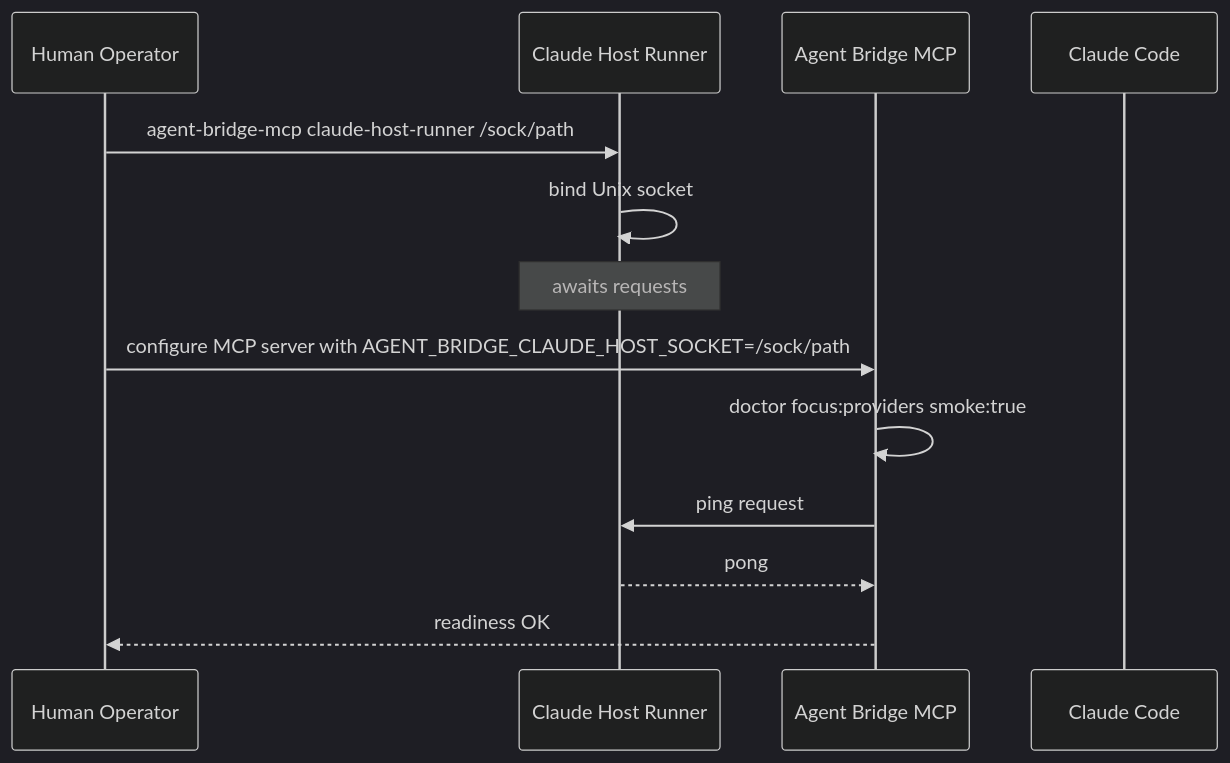
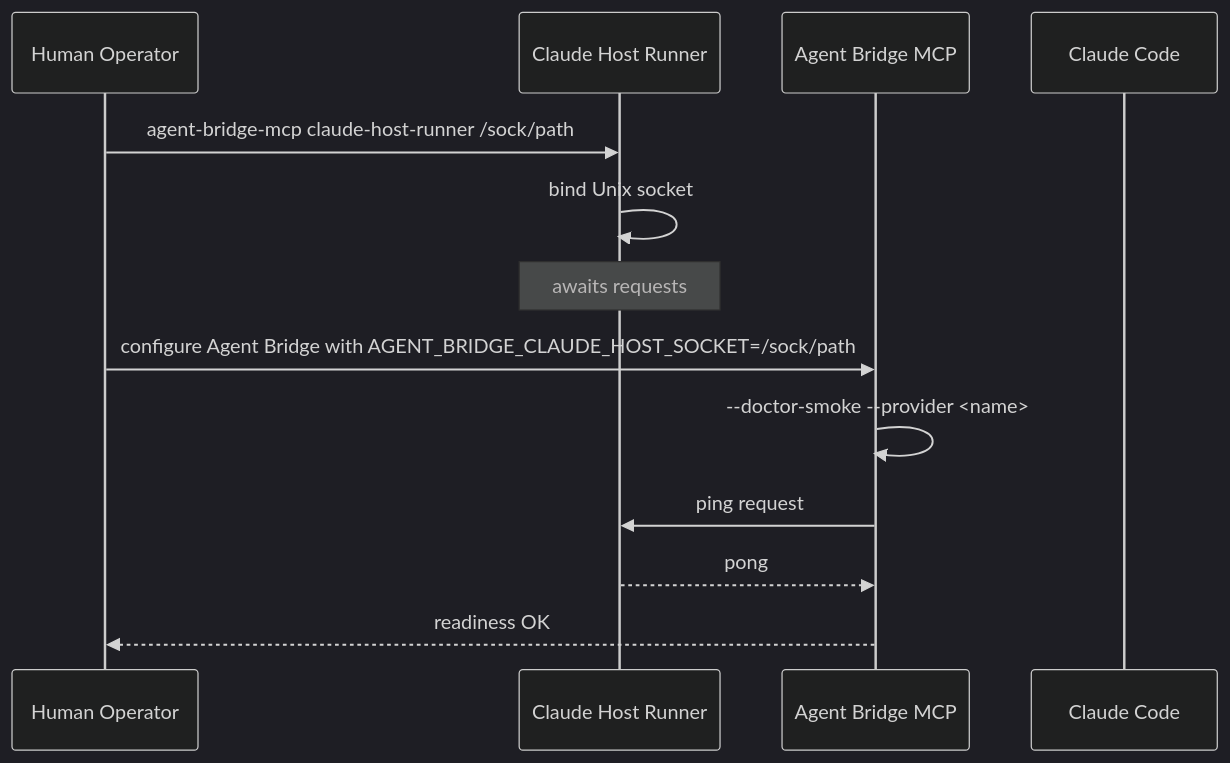
Before and after one commit to 0x7067/agent-bridge-mcp: the third of 3 diagrams in docs/BUSINESS-CONTEXT.md, drawn with Mermaid (dark theme). The commit also changed other lines of this file and 32 other files, not shown here.

````diff
--- a/docs/BUSINESS-CONTEXT.md
+++ b/docs/BUSINESS-CONTEXT.md
@@ -142,16 +138,16 @@
 ```mermaid
 sequenceDiagram
     participant Op as Human Operator
     participant HR as Claude Host Runner
     participant AB as Agent Bridge MCP
     participant Claude as Claude Code
 
     Op->>HR: agent-bridge-mcp claude-host-runner /sock/path
     HR->>HR: bind Unix socket
     Note over HR: awaits requests
-    Op->>AB: configure MCP server with AGENT_BRIDGE_CLAUDE_HOST_SOCKET=/sock/path
-    AB->>AB: doctor focus:providers smoke:true
+    Op->>AB: configure Agent Bridge with AGENT_BRIDGE_CLAUDE_HOST_SOCKET=/sock/path
+    AB->>AB: --doctor-smoke --provider <name>
     AB->>HR: ping request
     HR-->>AB: pong
     AB-->>Op: readiness OK
 ```
````
